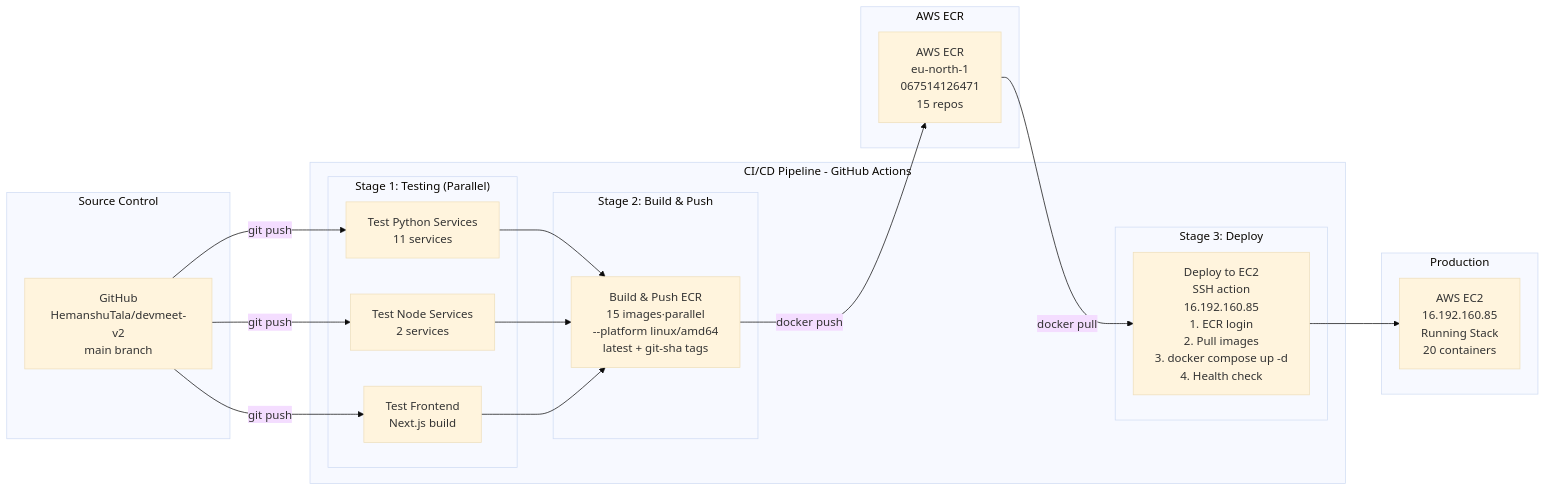
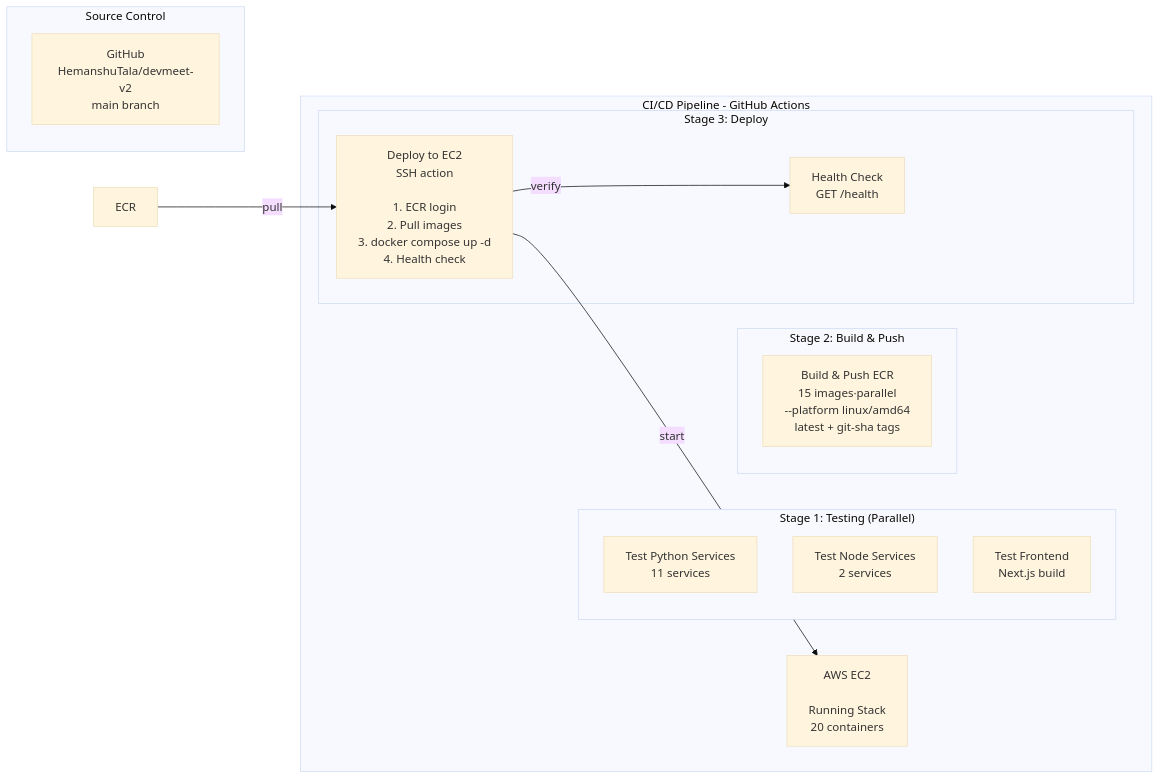
The second of 2 diagrams in Design Architecture/03-AWS-Infrastructure.md (HemanshuTala/devmeet-v2), drawn with Mermaid (base theme) before and after one commit. The commit also changed other lines of this file and 9 other files, not shown here.

````diff
--- a/Design Architecture/03-AWS-Infrastructure.md
+++ b/Design Architecture/03-AWS-Infrastructure.md
@@ -322,40 +326,29 @@
 ```mermaid
 graph LR
     subgraph "Source Control"
         GH[GitHub<br/>HemanshuTala/devmeet-v2<br/>main branch]
     end
     
     subgraph "CI/CD Pipeline - GitHub Actions"
         subgraph "Stage 1: Testing (Parallel)"
             T1[Test Python Services<br/>11 services]
             T2[Test Node Services<br/>2 services]
             T3[Test Frontend<br/>Next.js build]
         end
         
         subgraph "Stage 2: Build & Push"
             BUILD[Build & Push ECR<br/>15 images·parallel<br/>--platform linux/amd64<br/>latest + git-sha tags]
         end
         
         subgraph "Stage 3: Deploy"
-            DEPLOY[Deploy to EC2<br/>SSH action<br/>16.192.160.85<br/>1. ECR login<br/>2. Pull images<br/>3. docker compose up -d<br/>4. Health check]
+            DEPLOY[Deploy to EC2<br/>SSH action<br/><YOUR_SERVER_IP><br/>1. ECR login<br/>2. Pull images<br/>3. docker compose up -d<br/>4. Health check]
+            HEALTH[Health Check<br/>GET /health<br/><YOUR_SERVER_IP>]
         end
+        
+        EC2[AWS EC2<br/><YOUR_SERVER_IP><br/>Running Stack<br/>20 containers]
     end
     
-    subgraph "AWS ECR"
-        ECR[AWS ECR<br/>eu-north-1<br/>067514126471<br/>15 repos]
-    end
-    
-    subgraph "Production"
-        EC2[AWS EC2<br/>16.192.160.85<br/>Running Stack<br/>20 containers]
-    end
-    
-    GH -->|git push| T1
-    GH -->|git push| T2
-    GH -->|git push| T3
-    T1 --> BUILD
-    T2 --> BUILD
-    T3 --> BUILD
-    BUILD -->|docker push| ECR
-    ECR -->|docker pull| DEPLOY
-    DEPLOY --> EC2
+    ECR -->|pull| DEPLOY
+    DEPLOY -->|start| EC2
+    DEPLOY -->|verify| HEALTH
 ```
````
